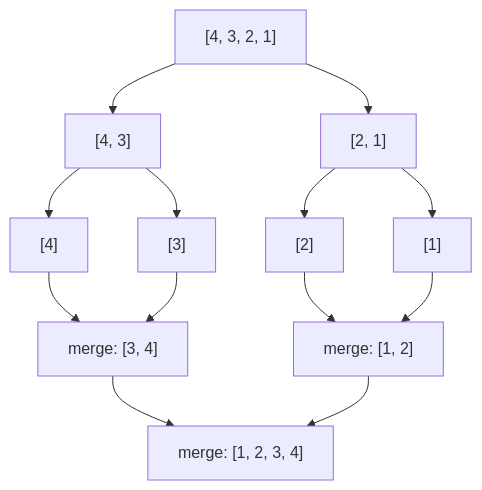
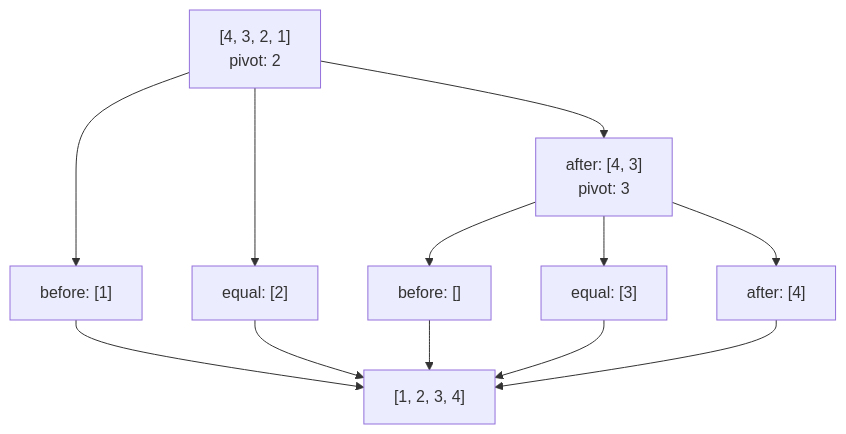
One commit to mintlify-demo/docs changed the diagram in merge-sort-api/guides/how-it-works.mdx. Above: the diagram before and after it, drawn with Mermaid. The commit also changed other lines of this file and 14 other files, not shown here.

````diff
--- a/merge-sort-api/guides/how-it-works.mdx
+++ b/merge-sort-api/guides/how-it-works.mdx
@@ -11,15 +17,14 @@
 ```mermaid
 flowchart TD
-    A["[4, 3, 2, 1]"] --> B["[4, 3]"]
-    A --> C["[2, 1]"]
-    B --> D["[4]"]
-    B --> E["[3]"]
-    C --> F["[2]"]
-    C --> G["[1]"]
-    D --> H["merge: [3, 4]"]
+    A["[4, 3, 2, 1]<br/>pivot: 2"] --> B["before: [1]"]
+    A --> C["equal: [2]"]
+    A --> D["after: [4, 3]<br/>pivot: 3"]
+    D --> E["before: []"]
+    D --> F["equal: [3]"]
+    D --> G["after: [4]"]
+    B --> H["[1, 2, 3, 4]"]
+    C --> H
     E --> H
-    F --> I["merge: [1, 2]"]
-    G --> I
-    H --> J["merge: [1, 2, 3, 4]"]
-    I --> J
+    F --> H
+    G --> H
 ```
````
